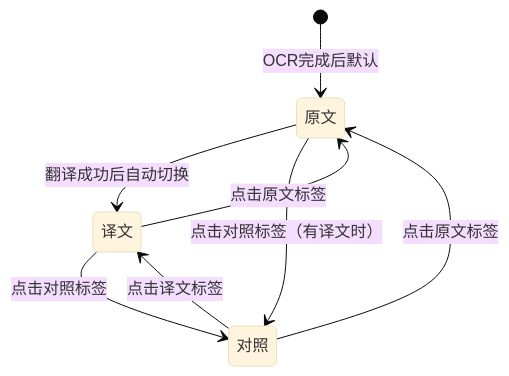
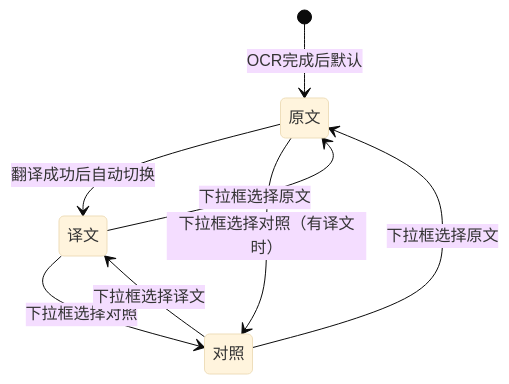
The sixth of 12 diagrams in docs/translation-design.md (ChiangyangNPU/quick-shot), drawn with Mermaid (base theme) before and after one commit. The commit also changed other lines of this file and 3 other files, not shown here.

````diff
--- a/docs/translation-design.md
+++ b/docs/translation-design.md
@@ -404,10 +420,10 @@
 ```mermaid
 stateDiagram-v2
     [*] --> 原文 : OCR完成后默认
     原文 --> 译文 : 翻译成功后自动切换
-    译文 --> 原文 : 点击原文标签
-    译文 --> 对照 : 点击对照标签
-    原文 --> 对照 : 点击对照标签（有译文时）
-    对照 --> 原文 : 点击原文标签
-    对照 --> 译文 : 点击译文标签
+    译文 --> 原文 : 下拉框选择原文
+    译文 --> 对照 : 下拉框选择对照
+    原文 --> 对照 : 下拉框选择对照（有译文时）
+    对照 --> 原文 : 下拉框选择原文
+    对照 --> 译文 : 下拉框选择译文
 ```
````
